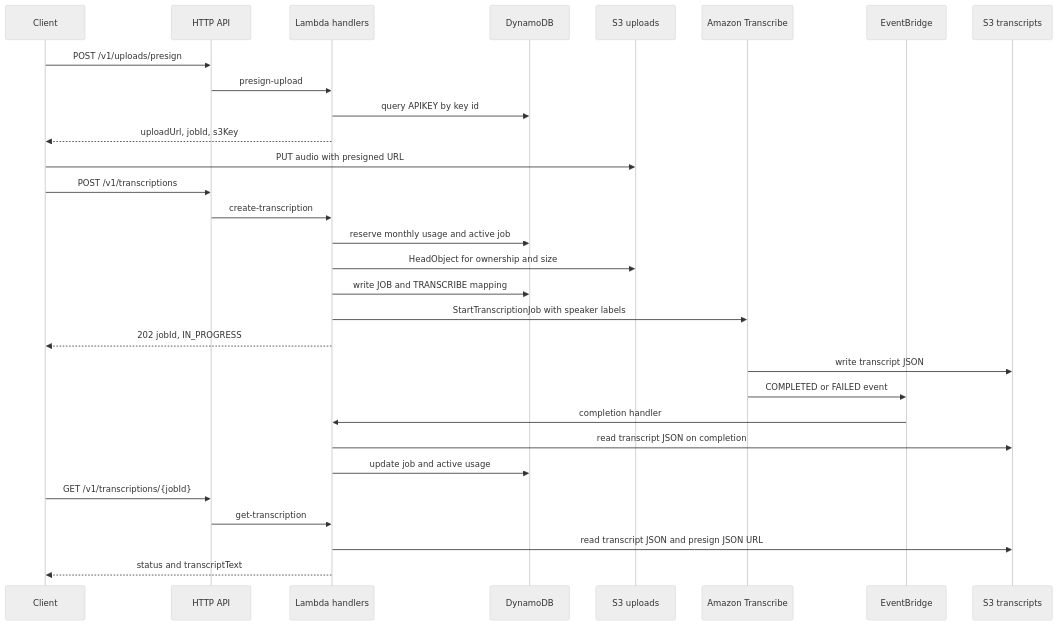
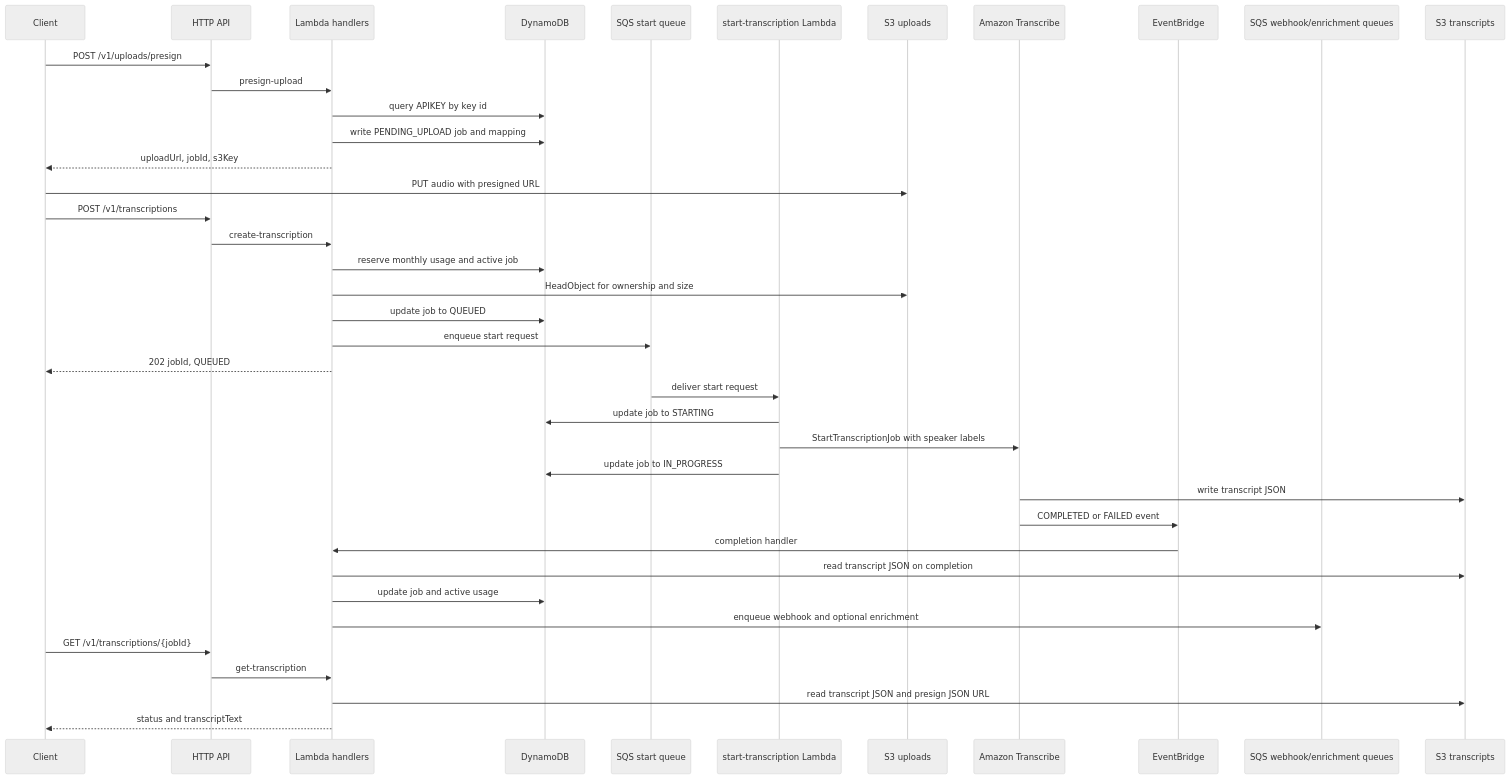
The second of 2 diagrams in docs/architecture.md (manynames3/super-transcriber-api), drawn with Mermaid (neutral theme) before and after one commit. The commit also changed other lines of this file and 43 other files, not shown here.

````diff
--- a/docs/architecture.md
+++ b/docs/architecture.md
@@ -36,33 +46,42 @@
 ```mermaid
 sequenceDiagram
   participant Client
   participant API as HTTP API
   participant Lambda as Lambda handlers
   participant DDB as DynamoDB
+  participant Q as SQS start queue
+  participant Worker as start-transcription Lambda
   participant S3 as S3 uploads
   participant TX as Amazon Transcribe
   participant EB as EventBridge
+  participant WQ as SQS webhook/enrichment queues
   participant Out as S3 transcripts
 
   Client->>API: POST /v1/uploads/presign
   API->>Lambda: presign-upload
   Lambda->>DDB: query APIKEY by key id
+  Lambda->>DDB: write PENDING_UPLOAD job and mapping
   Lambda-->>Client: uploadUrl, jobId, s3Key
   Client->>S3: PUT audio with presigned URL
   Client->>API: POST /v1/transcriptions
   API->>Lambda: create-transcription
   Lambda->>DDB: reserve monthly usage and active job
   Lambda->>S3: HeadObject for ownership and size
-  Lambda->>DDB: write JOB and TRANSCRIBE mapping
-  Lambda->>TX: StartTranscriptionJob with speaker labels
-  Lambda-->>Client: 202 jobId, IN_PROGRESS
+  Lambda->>DDB: update job to QUEUED
+  Lambda->>Q: enqueue start request
+  Lambda-->>Client: 202 jobId, QUEUED
+  Q->>Worker: deliver start request
+  Worker->>DDB: update job to STARTING
+  Worker->>TX: StartTranscriptionJob with speaker labels
+  Worker->>DDB: update job to IN_PROGRESS
   TX->>Out: write transcript JSON
   TX->>EB: COMPLETED or FAILED event
   EB->>Lambda: completion handler
   Lambda->>Out: read transcript JSON on completion
   Lambda->>DDB: update job and active usage
+  Lambda->>WQ: enqueue webhook and optional enrichment
   Client->>API: GET /v1/transcriptions/{jobId}
   API->>Lambda: get-transcription
   Lambda->>Out: read transcript JSON and presign JSON URL
   Lambda-->>Client: status and transcriptText
 ```
````
